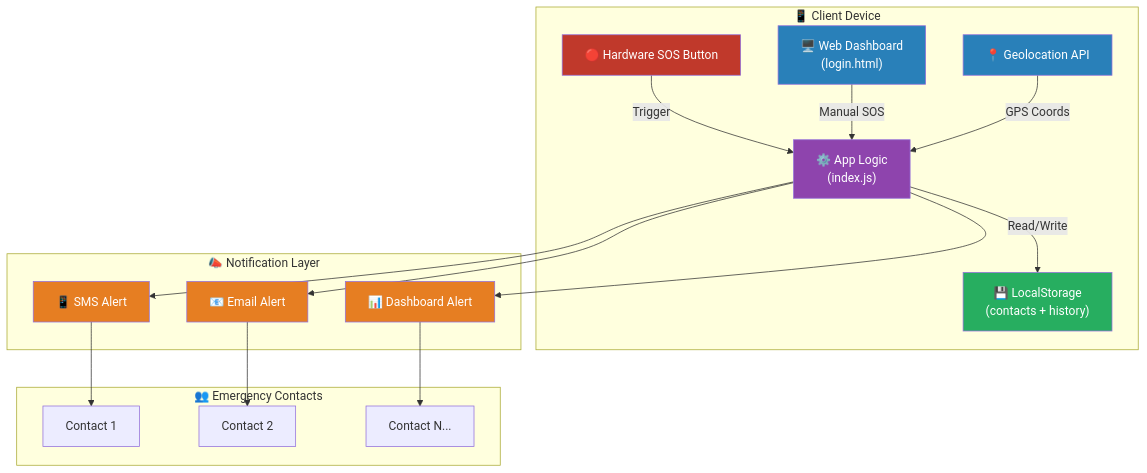
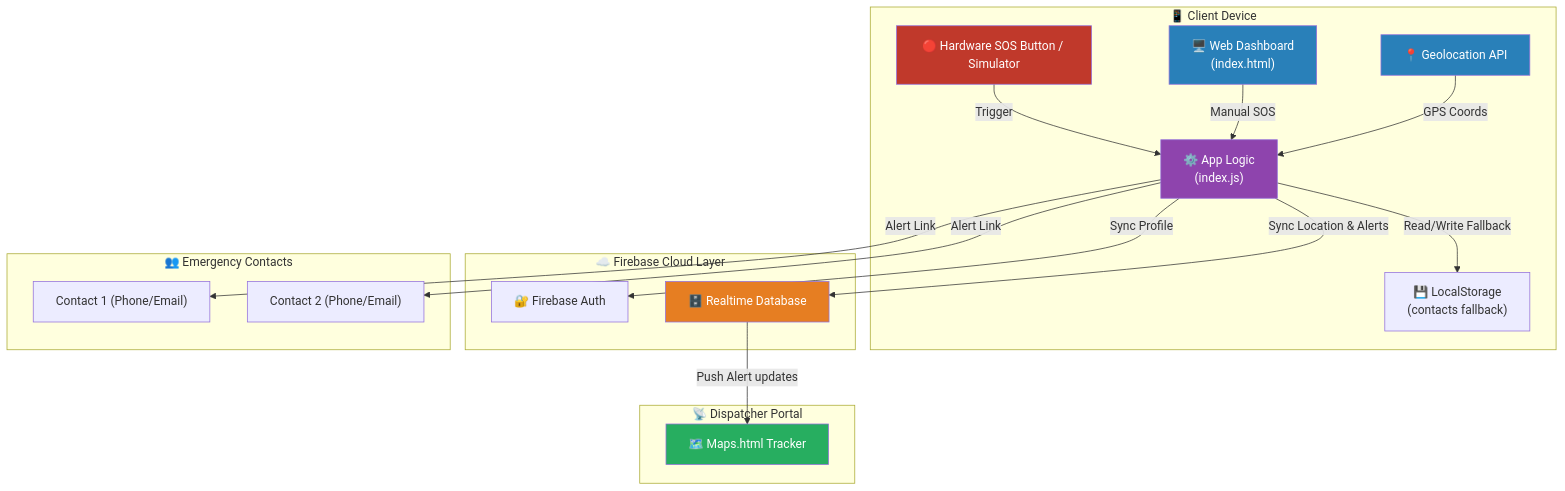
Before and after one commit to Amar1604/Safeguard: the first of 4 diagrams in README.md, drawn with Mermaid. The commit also changed other lines of this file and 7 other files, not shown here.

Commit message:
Refactor SafeGuard: Unified Auth, visual hardware simulator panel, coordinate polyline breadcrumbs, admin map alert resolution, and dark-mode styles.

````diff
--- a/README.md
+++ b/README.md
@@ -114,43 +123,41 @@
 ```mermaid
 graph TB
     subgraph DEVICE["📱 Client Device"]
-        HW["🔴 Hardware SOS Button"]
+        HW["🔴 Hardware SOS Button / Simulator"]
         GEO["📍 Geolocation API"]
-        UI["🖥️ Web Dashboard\n(login.html)"]
+        UI["🖥️ Web Dashboard\n(index.html)"]
         JS["⚙️ App Logic\n(index.js)"]
-        LS["💾 LocalStorage\n(contacts + history)"]
+        LS["💾 LocalStorage\n(contacts fallback)"]
     end
 
-    subgraph NOTIF["📣 Notification Layer"]
-        SMS["📱 SMS Alert"]
-        EMAIL["📧 Email Alert"]
-        DASH["📊 Dashboard Alert"]
+    subgraph CLOUD["☁️ Firebase Cloud Layer"]
+        AUTH["🔐 Firebase Auth"]
+        DB["🗄️ Realtime Database"]
+    end
+
+    subgraph ADMIN["📡 Dispatcher Portal"]
+        MAP["🗺️ Maps.html Tracker"]
     end
 
     subgraph CONTACTS["👥 Emergency Contacts"]
-        C1["Contact 1"]
-        C2["Contact 2"]
-        C3["Contact N..."]
+        C1["Contact 1 (Phone/Email)"]
+        C2["Contact 2 (Phone/Email)"]
     end
 
     HW -->|Trigger| JS
     UI -->|Manual SOS| JS
     GEO -->|GPS Coords| JS
-    JS -->|Read/Write| LS
-    JS --> SMS
-    JS --> EMAIL
-    JS --> DASH
-
-    SMS --> C1
-    EMAIL --> C2
-    DASH --> C3
+    JS -->|Sync Profile| AUTH
+    JS -->|Sync Location & Alerts| DB
+    JS -->|Read/Write Fallback| LS
+    DB -->|Push Alert updates| MAP
+    JS -->|Alert Link| C1
+    JS -->|Alert Link| C2
 
     style HW fill:#c0392b,color:#fff
     style JS fill:#8e44ad,color:#fff
     style GEO fill:#2980b9,color:#fff
     style UI fill:#2980b9,color:#fff
-    style LS fill:#27ae60,color:#fff
-    style SMS fill:#e67e22,color:#fff
-    style EMAIL fill:#e67e22,color:#fff
-    style DASH fill:#e67e22,color:#fff
+    style DB fill:#e67e22,color:#fff
+    style MAP fill:#27ae60,color:#fff
 ```
````
